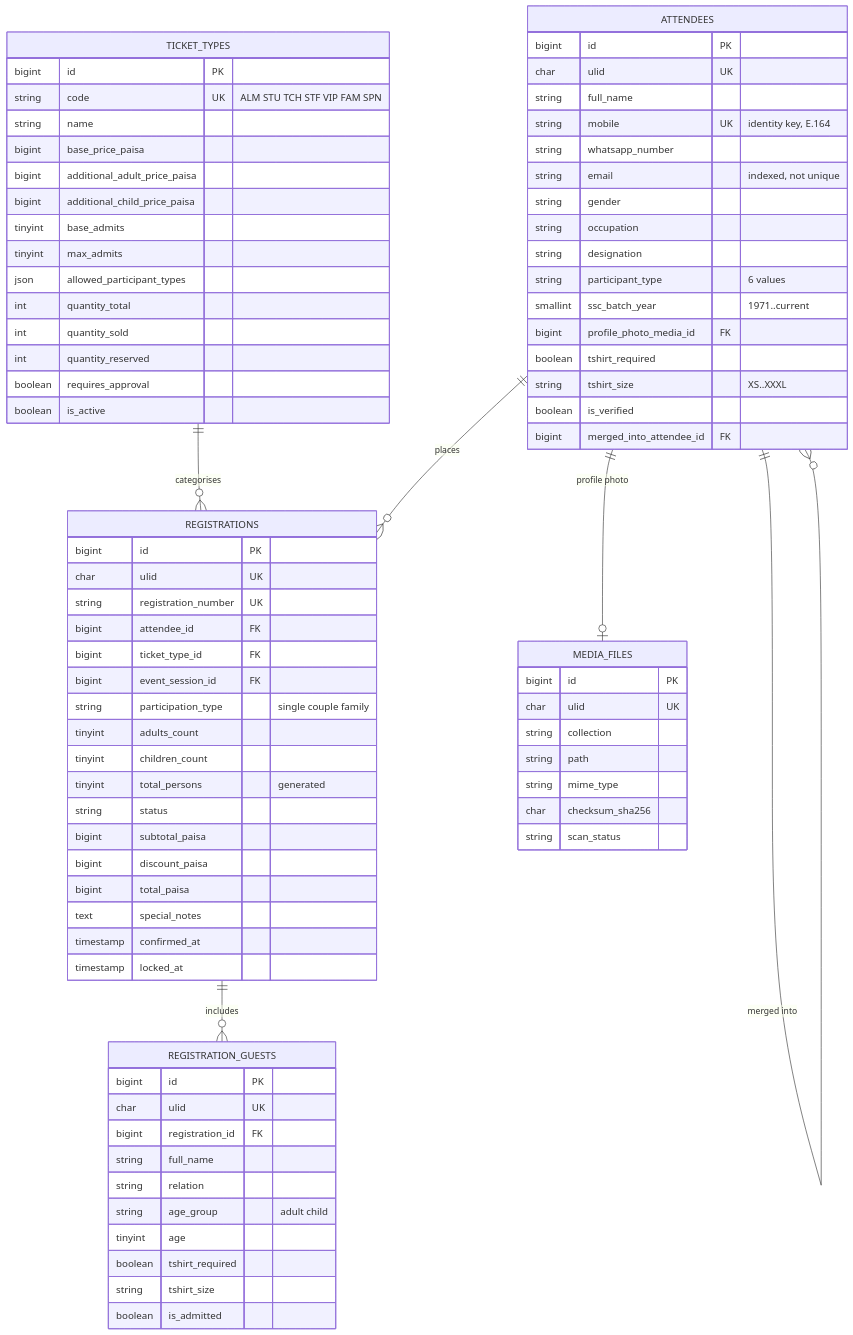
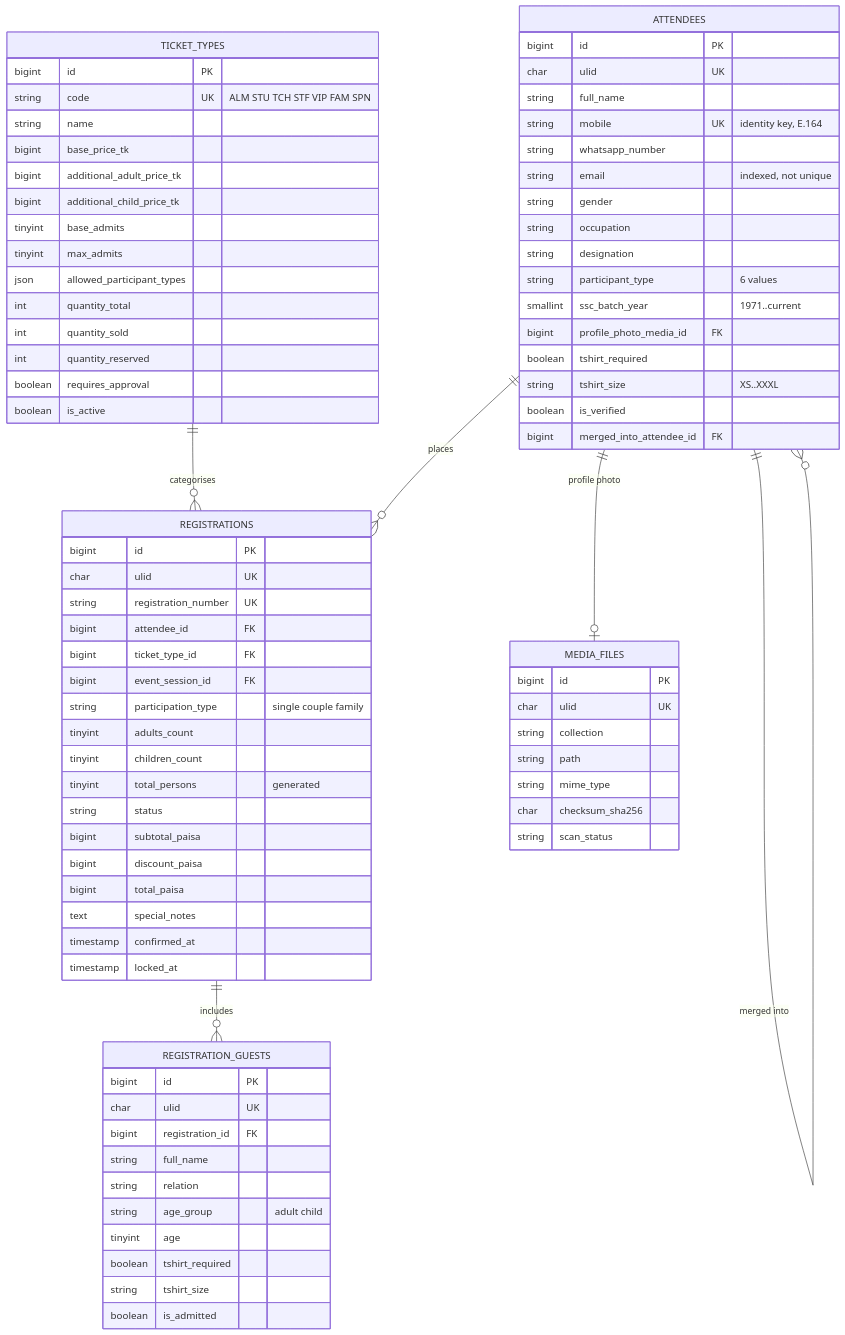
One commit to mominuldev/decent-event-management changed the second of 11 diagrams in docs/04-erd.md. Above: the diagram before and after it, drawn with Mermaid. The commit also changed 57 other files, not shown here.

```diff
--- a/docs/04-erd.md
+++ b/docs/04-erd.md
@@ -124,9 +124,9 @@
         bigint id PK
         string code UK "ALM STU TCH STF VIP FAM SPN"
         string name
-        bigint base_price_paisa
-        bigint additional_adult_price_paisa
-        bigint additional_child_price_paisa
+        bigint base_price_tk
+        bigint additional_adult_price_tk
+        bigint additional_child_price_tk
         tinyint base_admits
         tinyint max_admits
         json allowed_participant_types
```
